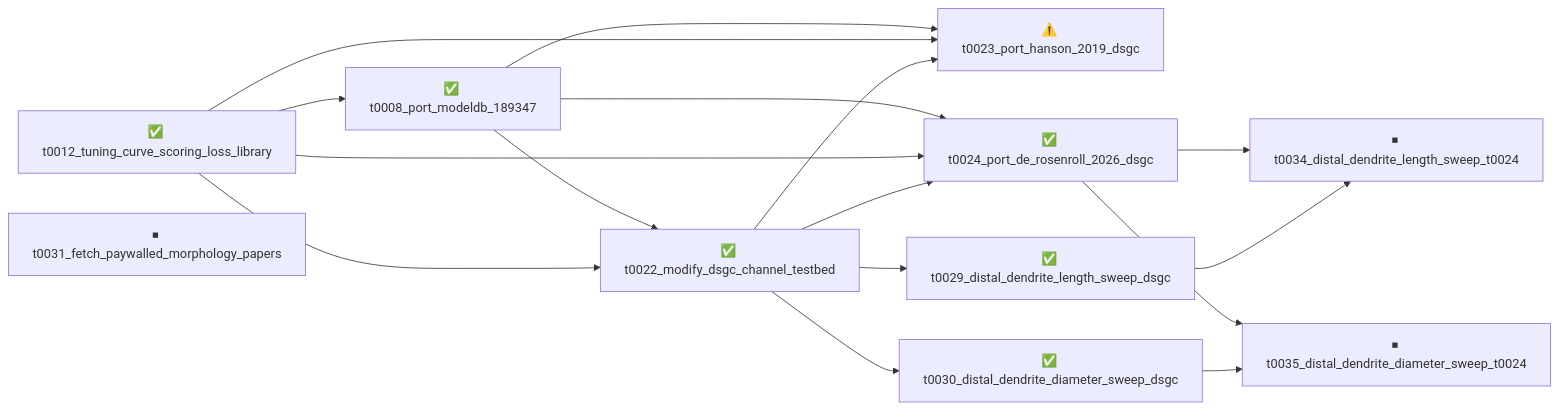
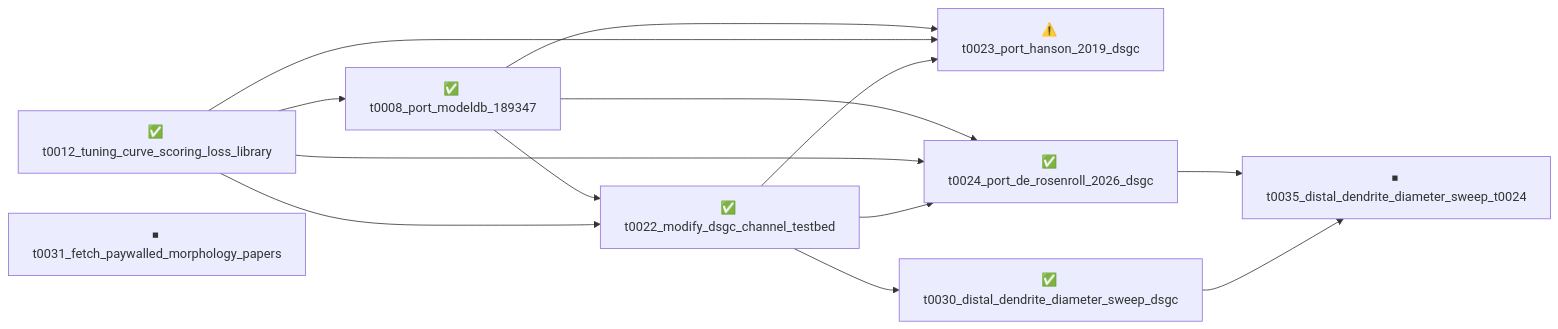
Before and after one commit to tonza17/neuron-channels: the diagram in overview/tasks/README.md, drawn with Mermaid. The commit also changed other lines of this file and 44 other files, not shown here.

````diff
--- a/overview/tasks/README.md
+++ b/overview/tasks/README.md
@@ -13,29 +13,24 @@
 ```mermaid
 graph LR
     t0008_port_modeldb_189347["✅ t0008_port_modeldb_189347"]
     t0012_tuning_curve_scoring_loss_library["✅ t0012_tuning_curve_scoring_loss_library"]
     t0022_modify_dsgc_channel_testbed["✅ t0022_modify_dsgc_channel_testbed"]
     t0023_port_hanson_2019_dsgc["⚠️ t0023_port_hanson_2019_dsgc"]
     t0024_port_de_rosenroll_2026_dsgc["✅ t0024_port_de_rosenroll_2026_dsgc"]
-    t0029_distal_dendrite_length_sweep_dsgc["✅ t0029_distal_dendrite_length_sweep_dsgc"]
     t0030_distal_dendrite_diameter_sweep_dsgc["✅ t0030_distal_dendrite_diameter_sweep_dsgc"]
     t0031_fetch_paywalled_morphology_papers["⏹ t0031_fetch_paywalled_morphology_papers"]
-    t0034_distal_dendrite_length_sweep_t0024["⏹ t0034_distal_dendrite_length_sweep_t0024"]
     t0035_distal_dendrite_diameter_sweep_t0024["⏹ t0035_distal_dendrite_diameter_sweep_t0024"]
 
     t0012_tuning_curve_scoring_loss_library --> t0008_port_modeldb_189347
     t0008_port_modeldb_189347 --> t0022_modify_dsgc_channel_testbed
     t0012_tuning_curve_scoring_loss_library --> t0022_modify_dsgc_channel_testbed
     t0008_port_modeldb_189347 --> t0023_port_hanson_2019_dsgc
     t0012_tuning_curve_scoring_loss_library --> t0023_port_hanson_2019_dsgc
     t0022_modify_dsgc_channel_testbed --> t0023_port_hanson_2019_dsgc
     t0008_port_modeldb_189347 --> t0024_port_de_rosenroll_2026_dsgc
     t0012_tuning_curve_scoring_loss_library --> t0024_port_de_rosenroll_2026_dsgc
     t0022_modify_dsgc_channel_testbed --> t0024_port_de_rosenroll_2026_dsgc
-    t0022_modify_dsgc_channel_testbed --> t0029_distal_dendrite_length_sweep_dsgc
     t0022_modify_dsgc_channel_testbed --> t0030_distal_dendrite_diameter_sweep_dsgc
-    t0024_port_de_rosenroll_2026_dsgc --> t0034_distal_dendrite_length_sweep_t0024
-    t0029_distal_dendrite_length_sweep_dsgc --> t0034_distal_dendrite_length_sweep_t0024
     t0024_port_de_rosenroll_2026_dsgc --> t0035_distal_dendrite_diameter_sweep_t0024
     t0030_distal_dendrite_diameter_sweep_dsgc --> t0035_distal_dendrite_diameter_sweep_t0024
 ```
````
